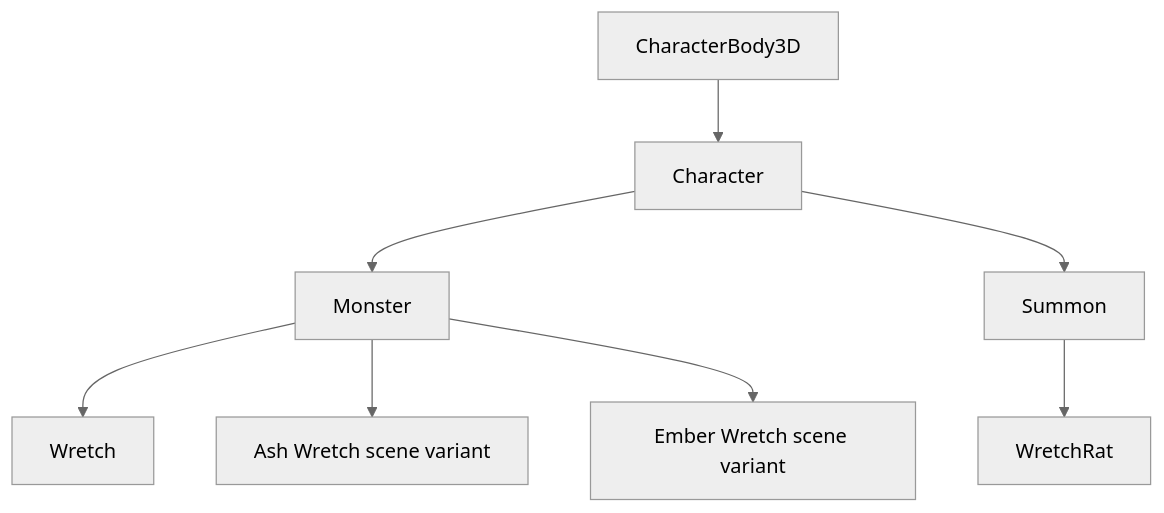
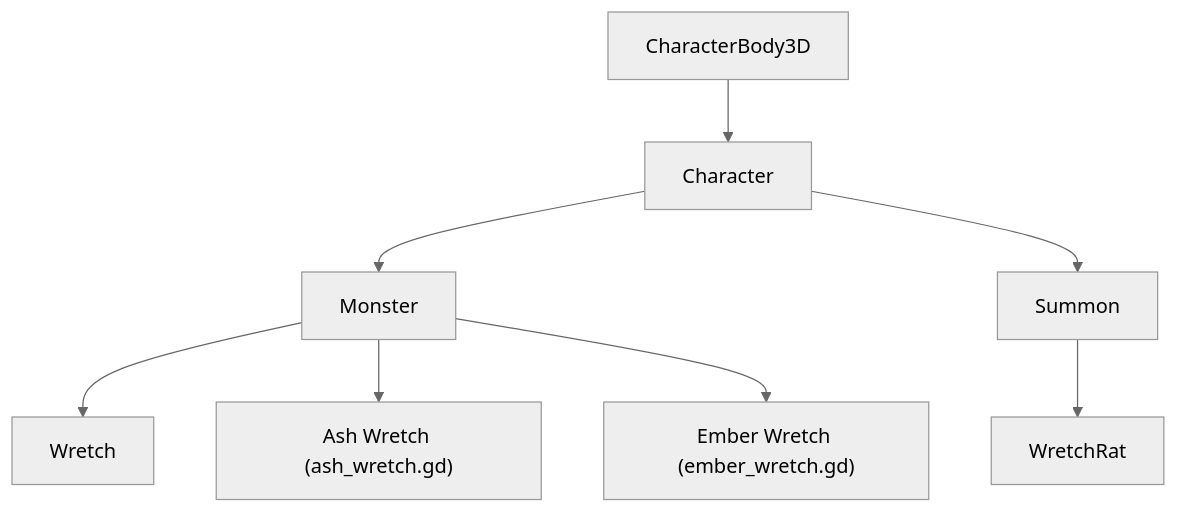
One commit to Armando-Garcia/friend-slop changed the first of 7 diagrams in docs/monsters/README.md. Above: the diagram before and after it, drawn with Mermaid (neutral theme). The commit also changed other lines of this file and 59 other files, not shown here.

First line of the commit message:
Refactor Ash and Ember caster combat with charge-hold-release loops and scripted combos.

````diff
--- a/docs/monsters/README.md
+++ b/docs/monsters/README.md
@@ -31,10 +31,10 @@
 ```mermaid
 flowchart TB
   CharacterBody3D --> Character
   Character --> Monster
   Character --> Summon
   Monster --> Wretch
   Summon --> WretchRat
-  Monster --> AshWretch["Ash Wretch scene variant"]
-  Monster --> EmberWretch["Ember Wretch scene variant"]
+  Monster --> AshWretch["Ash Wretch (ash_wretch.gd)"]
+  Monster --> EmberWretch["Ember Wretch (ember_wretch.gd)"]
 ```
````
